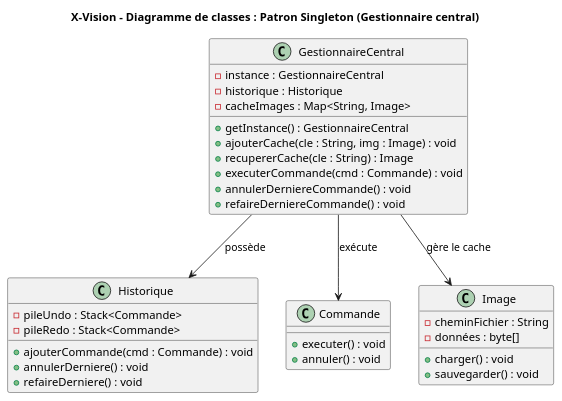
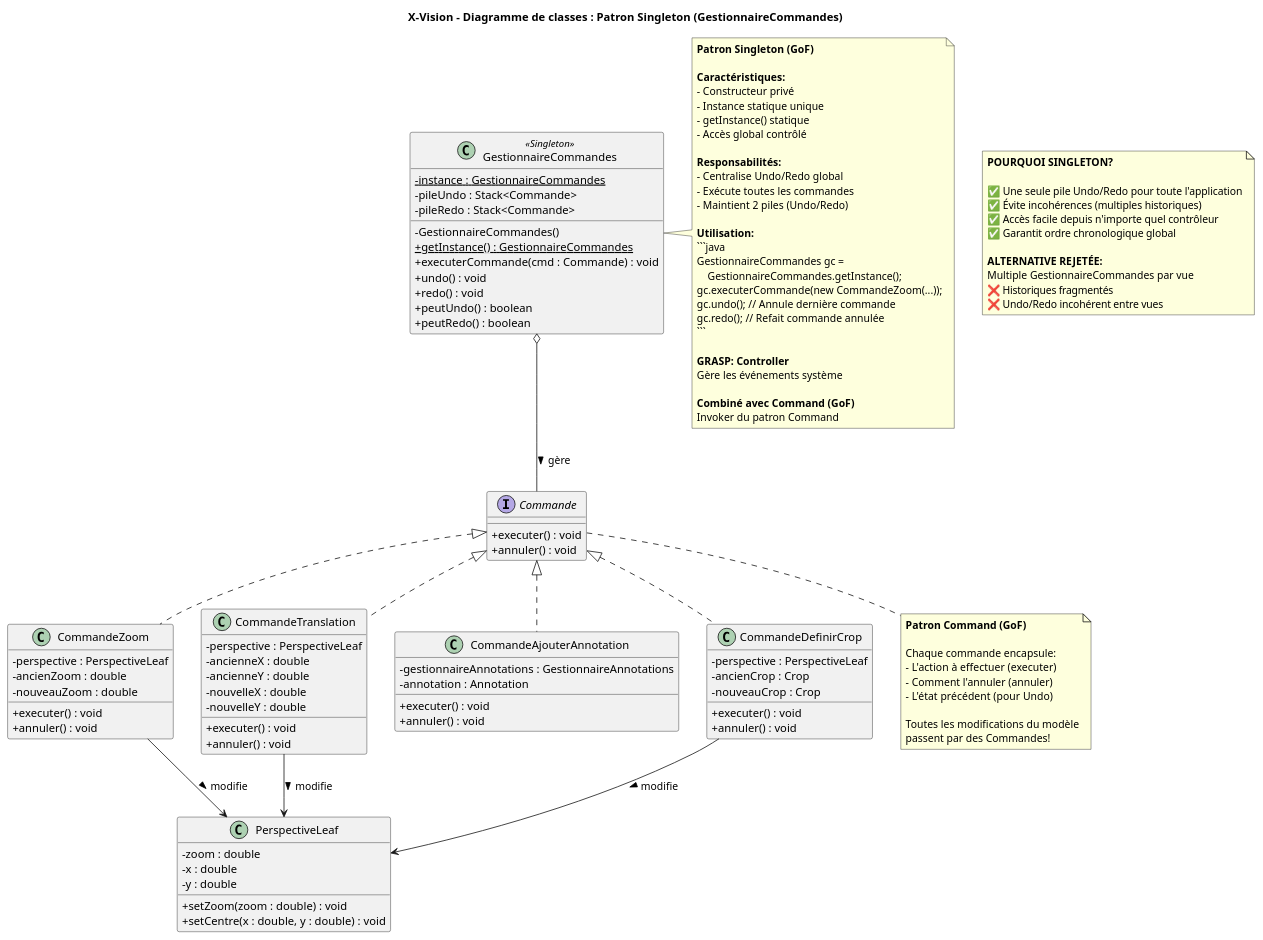
Before and after one commit to antoinemailhot/X-Vision: the diagram in docs/diagramme_singleton.puml, drawn with PlantUML. The commit also changed 29 other files, not shown here.

````diff
--- a/docs/diagramme_singleton.puml
+++ b/docs/diagramme_singleton.puml
@@ -1,52 +1,144 @@
 @startuml
 ' =====================================================
 ' DIAGRAMME DE CLASSES - PATRON SINGLETON
 ' Projet : X-Vision
-' Auteur : Antoine Mailhot & Micaël Racine-Leblanc 
-' Description : Gestionnaire central unique pour
-'               l’historique des commandes et le cache.
+' Auteur : Antoine Mailhot & Micaël Racine-Leblanc
+' Description : Gestionnaire de commandes unique pour
+'               l'historique Undo/Redo centralisé.
 ' =====================================================
 
-title X-Vision - Diagramme de classes : Patron Singleton (Gestionnaire central)
+title X-Vision - Diagramme de classes : Patron Singleton (GestionnaireCommandes)
 
-class GestionnaireCentral {
-    -instance : GestionnaireCentral
-    -historique : Historique
-    -cacheImages : Map<String, Image>
-    
-    +getInstance() : GestionnaireCentral
-    +ajouterCache(cle : String, img : Image) : void
-    +recupererCache(cle : String) : Image
+skinparam classAttributeIconSize 0
+
+class GestionnaireCommandes <<Singleton>> {
+    -{static} instance : GestionnaireCommandes
+    -pileUndo : Stack<Commande>
+    -pileRedo : Stack<Commande>
+
+    -GestionnaireCommandes()
+    +{static} getInstance() : GestionnaireCommandes
     +executerCommande(cmd : Commande) : void
-    +annulerDerniereCommande() : void
-    +refaireDerniereCommande() : void
+    +undo() : void
+    +redo() : void
+    +peutUndo() : boolean
+    +peutRedo() : boolean
 }
 
-class Historique {
-    -pileUndo : Stack<Commande>
-    -pileRedo : Stack<Commande>
-    +ajouterCommande(cmd : Commande) : void
-    +annulerDerniere() : void
-    +refaireDerniere() : void
-}
-
-class Commande {
+interface Commande {
     +executer() : void
     +annuler() : void
 }
 
-class Image {
-    -cheminFichier : String
-    -données : byte[]
-    +charger() : void
-    +sauvegarder() : void
+class CommandeZoom {
+    -perspective : PerspectiveLeaf
+    -ancienZoom : double
+    -nouveauZoom : double
+    +executer() : void
+    +annuler() : void
+}
+
+class CommandeTranslation {
+    -perspective : PerspectiveLeaf
+    -ancienneX : double
+    -ancienneY : double
+    -nouvelleX : double
+    -nouvelleY : double
+    +executer() : void
+    +annuler() : void
+}
+
+class CommandeAjouterAnnotation {
+    -gestionnaireAnnotations : GestionnaireAnnotations
+    -annotation : Annotation
+    +executer() : void
+    +annuler() : void
+}
+
+class CommandeDefinirCrop {
+    -perspective : PerspectiveLeaf
+    -ancienCrop : Crop
+    -nouveauCrop : Crop
+    +executer() : void
+    +annuler() : void
+}
+
+class PerspectiveLeaf {
+    -zoom : double
+    -x : double
+    -y : double
+    +setZoom(zoom : double) : void
+    +setCentre(x : double, y : double) : void
 }
 
 ' =====================================================
 ' RELATIONS ENTRE LES CLASSES
 ' =====================================================
-GestionnaireCentral --> Historique : possède
-GestionnaireCentral --> Commande : exécute
-GestionnaireCentral --> Image : gère le cache
+GestionnaireCommandes o-- Commande : gère >
+
+Commande <|.. CommandeZoom
+Commande <|.. CommandeTranslation
+Commande <|.. CommandeAjouterAnnotation
+Commande <|.. CommandeDefinirCrop
+
+CommandeZoom --> PerspectiveLeaf : modifie >
+CommandeTranslation --> PerspectiveLeaf : modifie >
+CommandeDefinirCrop --> PerspectiveLeaf : modifie >
+
+note right of GestionnaireCommandes
+    **Patron Singleton (GoF)**
+
+    **Caractéristiques:**
+    - Constructeur privé
+    - Instance statique unique
+    - getInstance() statique
+    - Accès global contrôlé
+
+    **Responsabilités:**
+    - Centralise Undo/Redo global
+    - Exécute toutes les commandes
+    - Maintient 2 piles (Undo/Redo)
+
+    **Utilisation:**
+    ```java
+    GestionnaireCommandes gc =
+        GestionnaireCommandes.getInstance();
+    gc.executerCommande(new CommandeZoom(...));
+    gc.undo(); // Annule dernière commande
+    gc.redo(); // Refait commande annulée
+    ```
+
+    **GRASP: Controller**
+    Gère les événements système
+
+    **Combiné avec Command (GoF)**
+    Invoker du patron Command
+end note
+
+note bottom of Commande
+    **Patron Command (GoF)**
+
+    Chaque commande encapsule:
+    - L'action à effectuer (executer)
+    - Comment l'annuler (annuler)
+    - L'état précédent (pour Undo)
+
+    Toutes les modifications du modèle
+    passent par des Commandes!
+end note
+
+note as N1
+    **POURQUOI SINGLETON?**
+
+    ✅ Une seule pile Undo/Redo pour toute l'application
+    ✅ Évite incohérences (multiples historiques)
+    ✅ Accès facile depuis n'importe quel contrôleur
+    ✅ Garantit ordre chronologique global
+
+    **ALTERNATIVE REJETÉE:**
+    Multiple GestionnaireCommandes par vue
+    ❌ Historiques fragmentés
+    ❌ Undo/Redo incohérent entre vues
+end note
 
 @enduml
````
